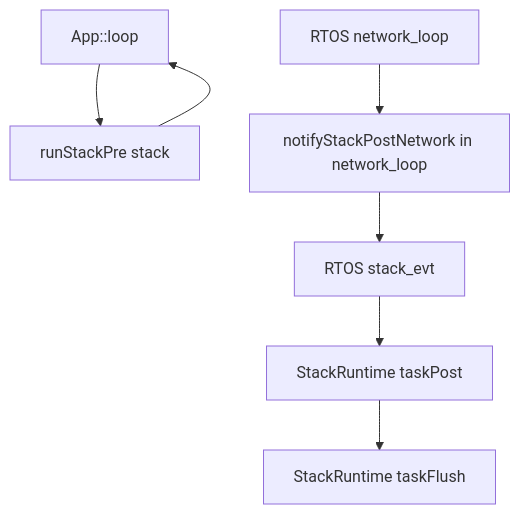
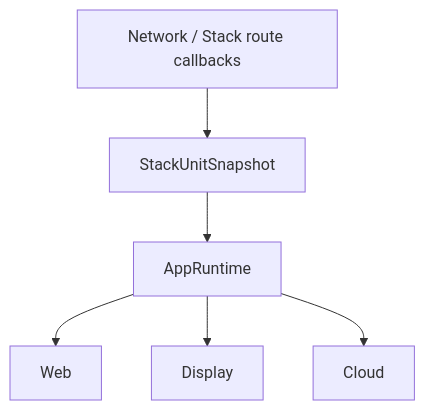
The fourth of 5 diagrams in STACK.md (Denisov-Foundation-Limited/plc-esp2), drawn with Mermaid before and after one commit. The commit also changed other lines of this file and 6 other files, not shown here.

````diff
--- a/STACK.md
+++ b/STACK.md
@@ -175,17 +295,15 @@
 ```mermaid
 flowchart TD
-  LOOP[App::loop]
-  PRE[runStackPre stack]
-  NET[RTOS network_loop]
-  SIG[notifyStackPostNetwork in network_loop]
-  EVT[RTOS stack_evt]
-  POST[StackRuntime taskPost]
-  FLUSH[StackRuntime taskFlush]
+  NET[Network / Stack route callbacks]
+  SNAP[StackUnitSnapshot]
+  RUNTIME[AppRuntime]
+  WEB[Web]
+  DISP[Display]
+  CLOUD[Cloud]
 
-  LOOP --> PRE
-  PRE --> LOOP
-  NET --> SIG
-  SIG --> EVT
-  EVT --> POST
-  POST --> FLUSH
+  NET --> SNAP
+  SNAP --> RUNTIME
+  RUNTIME --> WEB
+  RUNTIME --> DISP
+  RUNTIME --> CLOUD
 ```
````
